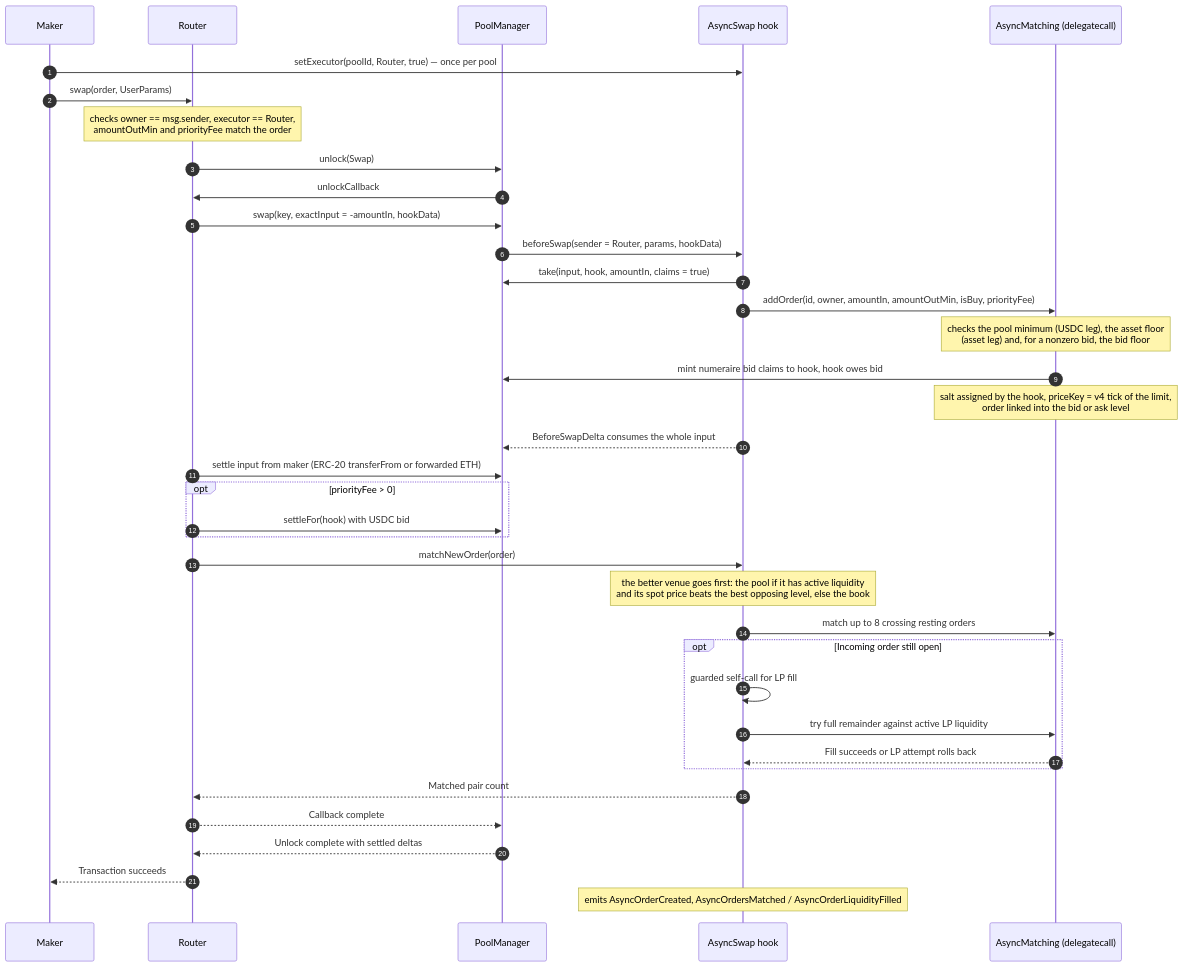
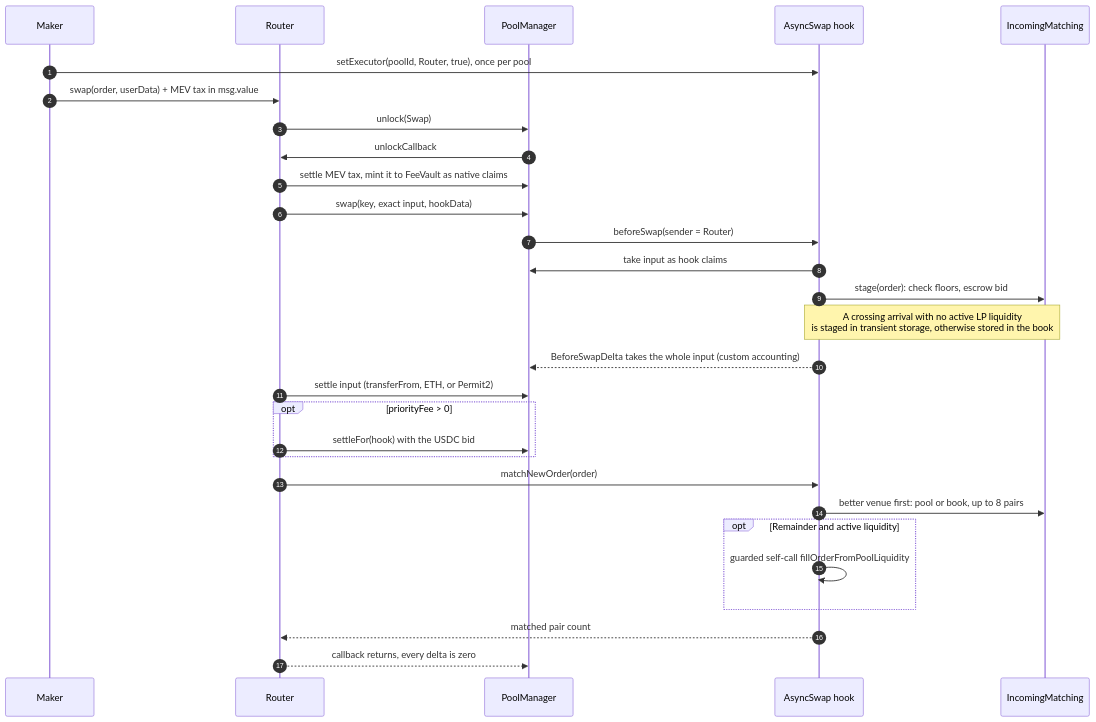
One commit to asyncswap/contracts changed the third of 6 diagrams in docs/protocol.md. Above: the diagram before and after it, drawn with Mermaid. The commit also changed other lines of this file and 10 other files, not shown here.

Commit message:
Docs: refactor for v2.2.0 (flash fills, MEV tax, Dutch auctions, module layout) (#106)

````diff
--- a/docs/protocol.md
+++ b/docs/protocol.md
@@ -190,40 +143,32 @@
 ```mermaid
 sequenceDiagram
     autonumber
     participant M as Maker
     participant R as Router
     participant PM as PoolManager
     participant H as AsyncSwap hook
-    participant AM as AsyncMatching (delegatecall)
+    participant IM as IncomingMatching
 
-    M->>H: setExecutor(poolId, Router, true) — once per pool
-    M->>R: swap(order, UserParams)
-    Note over R: checks owner == msg.sender, executor == Router,<br/>amountOutMin and priorityFee match the order
+    M->>H: setExecutor(poolId, Router, true), once per pool
+    M->>R: swap(order, userData) + MEV tax in msg.value
     R->>PM: unlock(Swap)
     PM->>R: unlockCallback
-    R->>PM: swap(key, exactInput = -amountIn, hookData)
-    PM->>H: beforeSwap(sender = Router, params, hookData)
-    H->>PM: take(input, hook, amountIn, claims = true)
-    H->>AM: addOrder(id, owner, amountIn, amountOutMin, isBuy, priorityFee)
-    Note over AM: checks the pool minimum (USDC leg), the asset floor<br/>(asset leg) and, for a nonzero bid, the bid floor
-    AM->>PM: mint numeraire bid claims to hook, hook owes bid
-    Note over AM: salt assigned by the hook, priceKey = v4 tick of the limit,<br/>order linked into the bid or ask level
-    H-->>PM: BeforeSwapDelta consumes the whole input
-    R->>PM: settle input from maker (ERC-20 transferFrom or forwarded ETH)
+    R->>PM: settle MEV tax, mint it to FeeVault as native claims
+    R->>PM: swap(key, exact input, hookData)
+    PM->>H: beforeSwap(sender = Router)
+    H->>PM: take input as hook claims
+    H->>IM: stage(order): check floors, escrow bid
+    Note over H,IM: A crossing arrival with no active LP liquidity<br/>is staged in transient storage, otherwise stored in the book
+    H-->>PM: BeforeSwapDelta takes the whole input (custom accounting)
+    R->>PM: settle input (transferFrom, ETH, or Permit2)
     opt priorityFee > 0
-        R->>PM: settleFor(hook) with USDC bid
+        R->>PM: settleFor(hook) with the USDC bid
     end
     R->>H: matchNewOrder(order)
-    Note over H: the better venue goes first: the pool if it has active liquidity<br/>and its spot price beats the best opposing level, else the book
-    H->>AM: match up to 8 crossing resting orders
-    opt Incoming order still open
-        H->>H: guarded self-call for LP fill
-        H->>AM: try full remainder against active LP liquidity
-        AM-->>H: Fill succeeds or LP attempt rolls back
+    H->>IM: better venue first: pool or book, up to 8 pairs
+    opt Remainder and active liquidity
+        H->>H: guarded self-call fillOrderFromPoolLiquidity
     end
-    H-->>R: Matched pair count
-    R-->>PM: Callback complete
-    PM-->>R: Unlock complete with settled deltas
-    R-->>M: Transaction succeeds
-    Note over H: emits AsyncOrderCreated, AsyncOrdersMatched / AsyncOrderLiquidityFilled
+    H-->>R: matched pair count
+    R-->>PM: callback returns, every delta is zero
 ```
````
